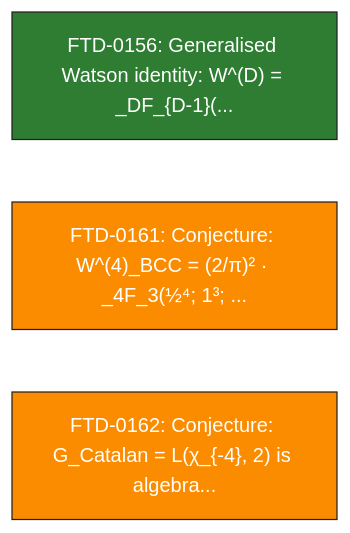
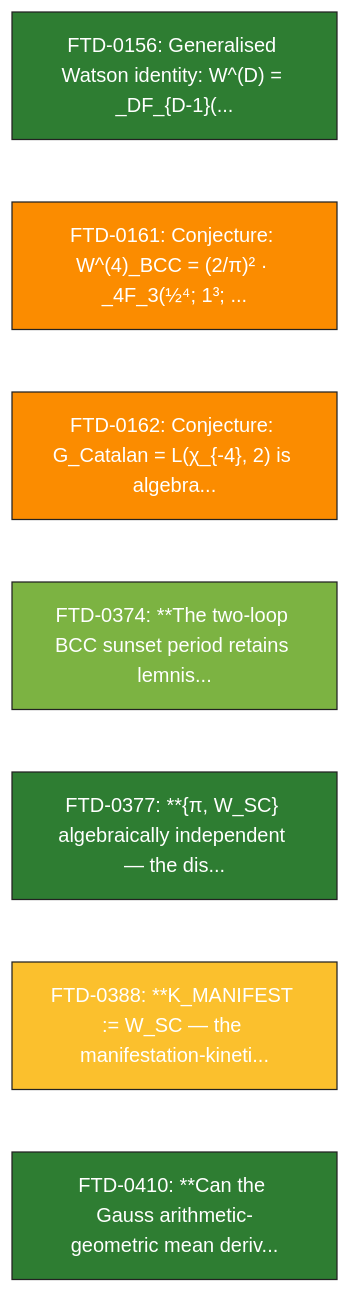
One commit to cpaci-tani/Foundational-Ternary-Dynamics changed diagram 11 of 16 in docs/theory/09_mathematical/NODE_MAP_FTD_MATH.md. Above: the diagram before and after it, drawn with Mermaid (base theme). The commit also changed other lines of this file and 103 other files, not shown here.

````diff
--- a/docs/theory/09_mathematical/NODE_MAP_FTD_MATH.md
+++ b/docs/theory/09_mathematical/NODE_MAP_FTD_MATH.md
@@ -499,9 +623,17 @@
 ```mermaid
 graph LR
     FTD_0156["FTD-0156: Generalised Watson identity: W^(D) = _DF_{D-1}(..."]
     style FTD_0156 fill:#2e7d32,color:white,stroke:#222,stroke-width:1px
     FTD_0161["FTD-0161: Conjecture: W^(4)_BCC = (2/π)² · _4F_3(½⁴; 1³; ..."]
     style FTD_0161 fill:#fb8c00,color:white,stroke:#222,stroke-width:1px
     FTD_0162["FTD-0162: Conjecture: G_Catalan = L(χ_{-4}, 2) is algebra..."]
     style FTD_0162 fill:#fb8c00,color:white,stroke:#222,stroke-width:1px
+    FTD_0374["FTD-0374: **The two-loop BCC sunset period retains lemnis..."]
+    style FTD_0374 fill:#7cb342,color:white,stroke:#222,stroke-width:1px
+    FTD_0377["FTD-0377: **{π, W_SC} algebraically independent — the dis..."]
+    style FTD_0377 fill:#2e7d32,color:white,stroke:#222,stroke-width:1px
+    FTD_0388["FTD-0388: **K_MANIFEST := W_SC — the manifestation-kineti..."]
+    style FTD_0388 fill:#fbc02d,color:white,stroke:#222,stroke-width:1px
+    FTD_0410["FTD-0410: **Can the Gauss arithmetic-geometric mean deriv..."]
+    style FTD_0410 fill:#2e7d32,color:white,stroke:#222,stroke-width:1px
 ```
````
